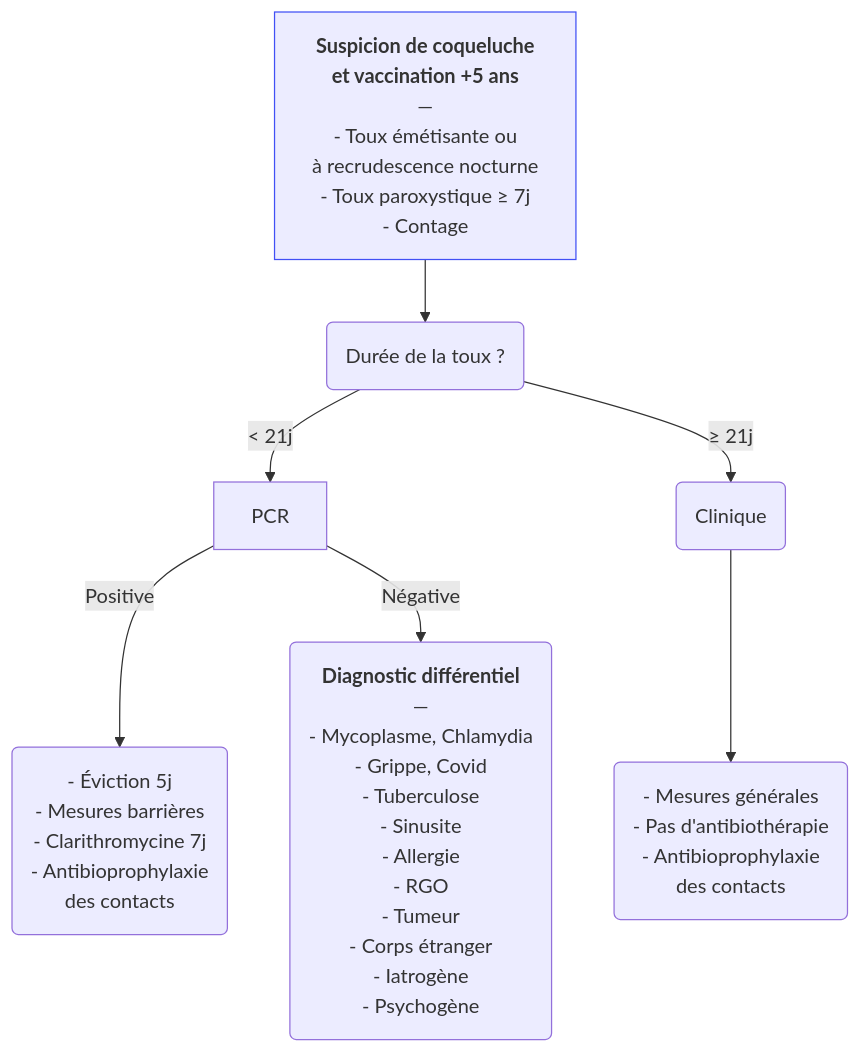
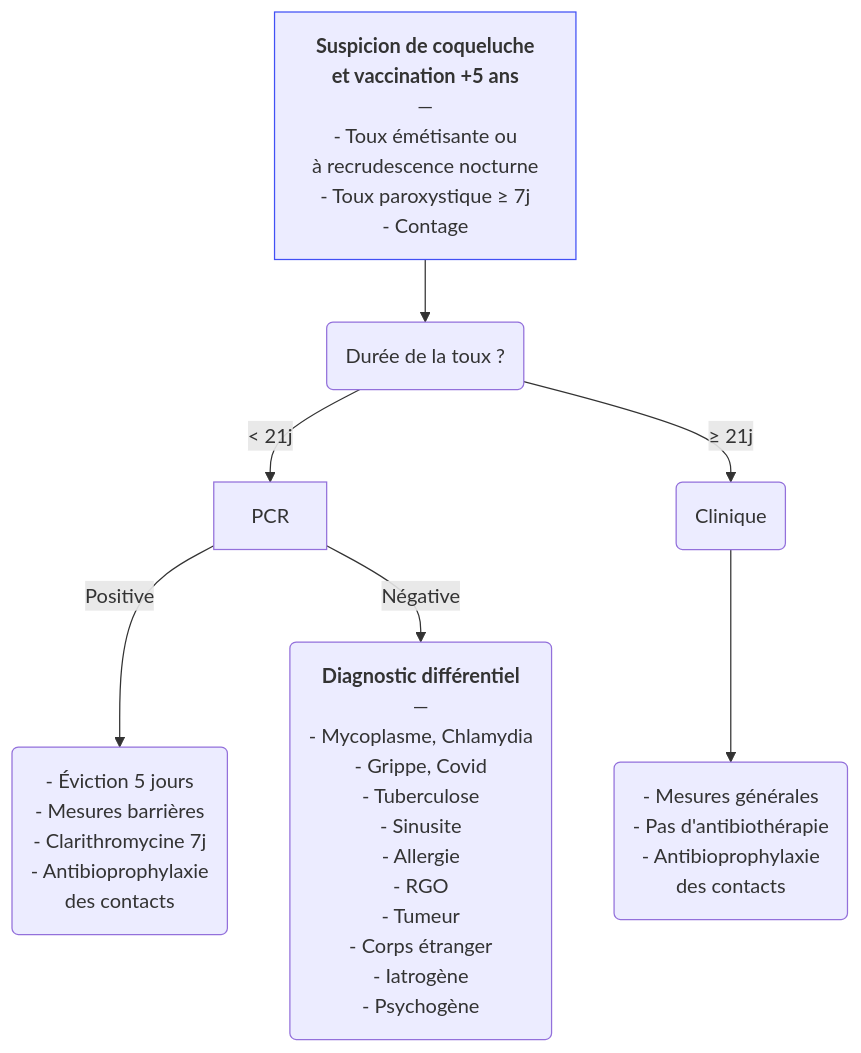
The diagram in content/recommandations/coqueluche.md (djibe/recommandations-medicales), drawn with Mermaid before and after one commit. The commit also changed other lines of this file and 13 other files, not shown here.

```diff
--- a/content/recommandations/coqueluche.md
+++ b/content/recommandations/coqueluche.md
@@ -271,8 +270,8 @@
 {{< mermaid title="Prise en charge d'un cas de coqueluche à partir de l'enfance. Dr JB Fron d'après HAS/SPILF/GPIP 2024" >}}
 graph TB
   suspicion["<b>Suspicion de coqueluche<br>et vaccination +5 ans</b><br>—<br>- Toux émétisante ou<br> à recrudescence nocturne<br>- Toux paroxystique ≥ 7j<br>- Contage"] --> durée(Durée de la toux ?)
-    durée -- "&lt; 21j" --> PCR -- Positive --> traitement("- Éviction 5j<br>- Mesures barrières<br>- Clarithromycine 7j<br>- Antibioprophylaxie<br>des contacts")
+    durée -- "&lt; 21j" --> PCR -- Positive --> traitement("- Éviction 5 jours<br>- Mesures barrières<br>- Clarithromycine 7j<br>- Antibioprophylaxie<br>des contacts")
       PCR -- Négative --> différentiel("<b>Diagnostic différentiel</b><br>—<br>- Mycoplasme, Chlamydia<br>- Grippe, Covid<br>- Tuberculose<br>- Sinusite<br>- Allergie<br>- RGO<br>- Tumeur<br>- Corps étranger<br>- Iatrogène<br>- Psychogène")
     durée -- &ge; 21j --> clinique(Clinique) --> abstention("- Mesures générales<br>- Pas d'antibiothérapie<br>- Antibioprophylaxie<br>des contacts")
   style suspicion stroke:#4150f5, stroke-width:1px
 {{< /mermaid >}}
```
